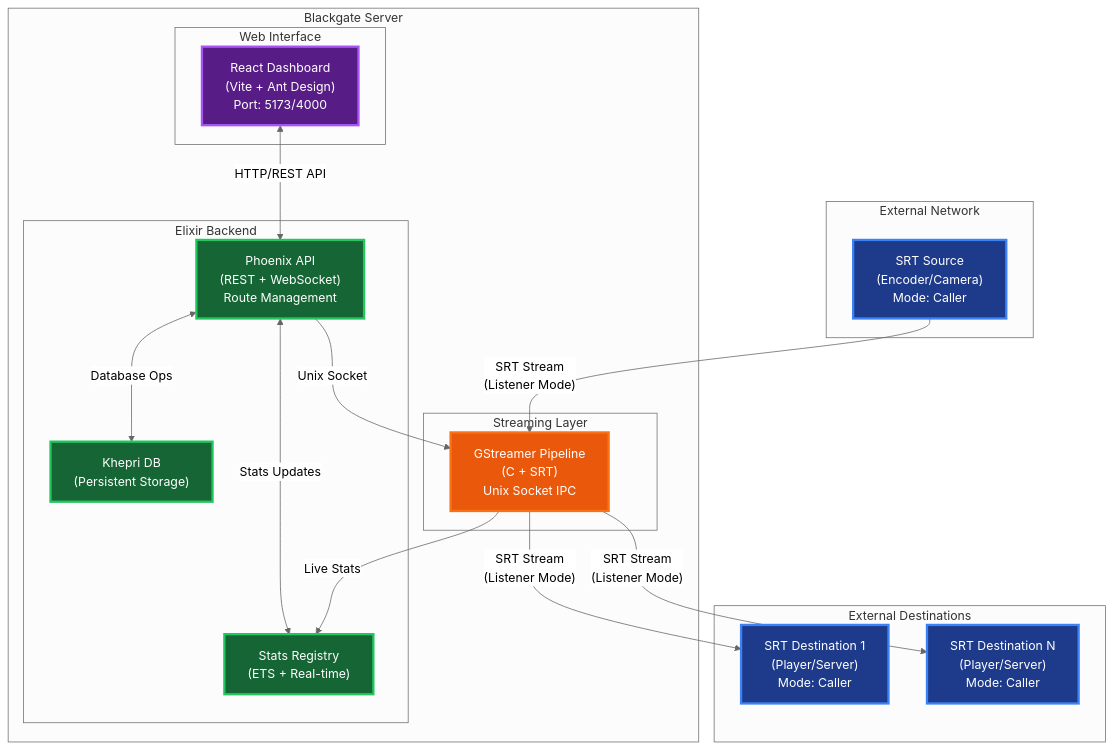
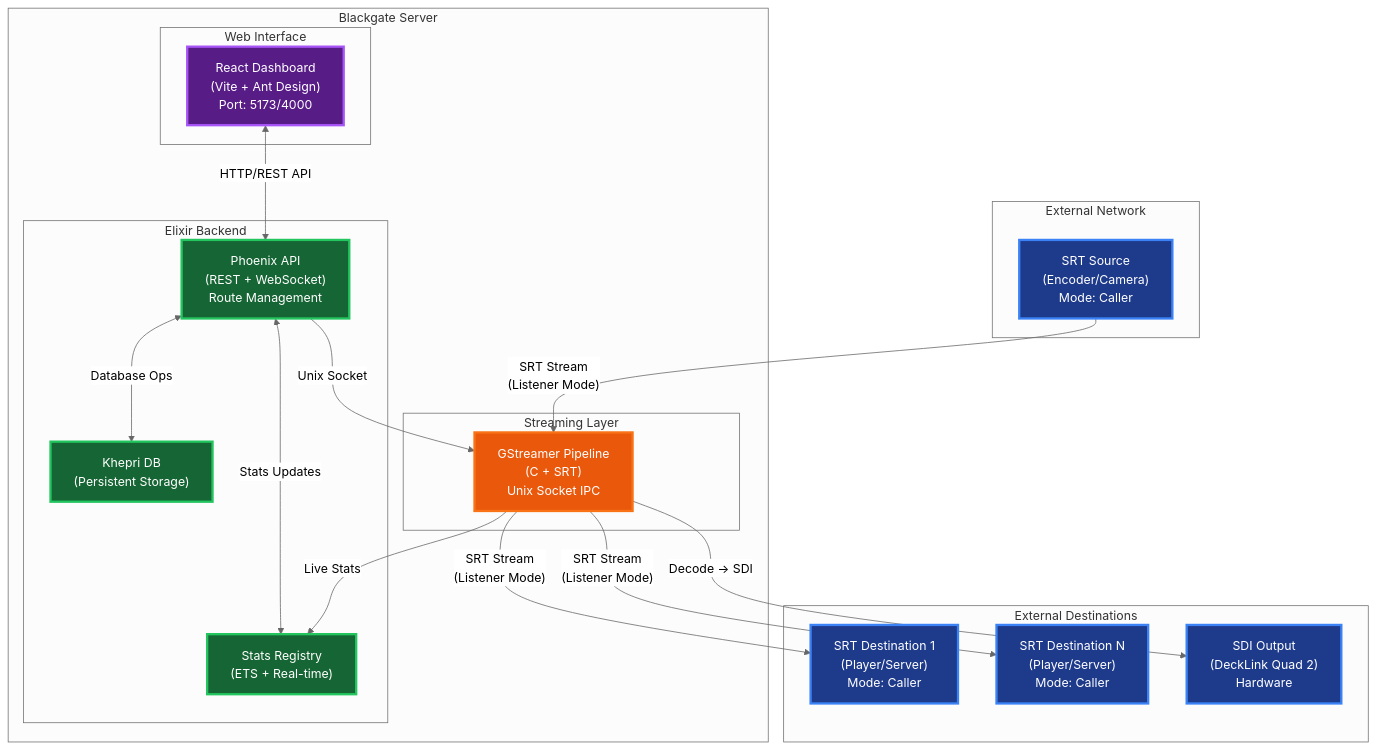
Before and after one commit to visual-alchemy/blackgate-project: the first of 2 diagrams in README.md, drawn with Mermaid (neutral theme). The commit also changed other lines of this file, not shown here.

Commit message:
docs: update README with SDI output, Event Log, systemd service, and current state

````diff
--- a/README.md
+++ b/README.md
@@ -80,47 +93,49 @@
 ```mermaid
 graph TB
     subgraph "External Network"
         A["SRT Source<br/>(Encoder/Camera)<br/>Mode: Caller"]
     end
     
     subgraph "Blackgate Server"
         subgraph "Web Interface"
             B["React Dashboard<br/>(Vite + Ant Design)<br/>Port: 5173/4000"]
         end
         
         subgraph "Elixir Backend"
             C["Phoenix API<br/>(REST + WebSocket)<br/>Route Management"]
             D["Stats Registry<br/>(ETS + Real-time)"]
             E["Khepri DB<br/>(Persistent Storage)"]
         end
         
         subgraph "Streaming Layer"
             F["GStreamer Pipeline<br/>(C + SRT)<br/>Unix Socket IPC"]
         end
     end
     
     subgraph "External Destinations"
         G["SRT Destination 1<br/>(Player/Server)<br/>Mode: Caller"]
         H["SRT Destination N<br/>(Player/Server)<br/>Mode: Caller"]
+        I["SDI Output<br/>(DeckLink Quad 2)<br/>Hardware"]
     end
     
     A -->|"SRT Stream<br/>(Listener Mode)"| F
     F -->|"SRT Stream<br/>(Listener Mode)"| G
     F -->|"SRT Stream<br/>(Listener Mode)"| H
+    F -->|"Decode → SDI"| I
     
     B <-->|"HTTP/REST API"| C
     C <-->|"Database Ops"| E
     C <-->|"Stats Updates"| D
     C -->|"Unix Socket"| F
     F -->|"Live Stats"| D
     
     classDef external fill:#1e3a8a,stroke:#3b82f6,stroke-width:3px,color:#ffffff
     classDef ui fill:#581c87,stroke:#a855f7,stroke-width:3px,color:#ffffff
     classDef backend fill:#166534,stroke:#22c55e,stroke-width:3px,color:#ffffff
     classDef streaming fill:#ea580c,stroke:#f97316,stroke-width:3px,color:#ffffff
     
-    class A,G,H external
+    class A,G,H,I external
     class B ui
     class C,D,E backend
     class F streaming
 ```
````
